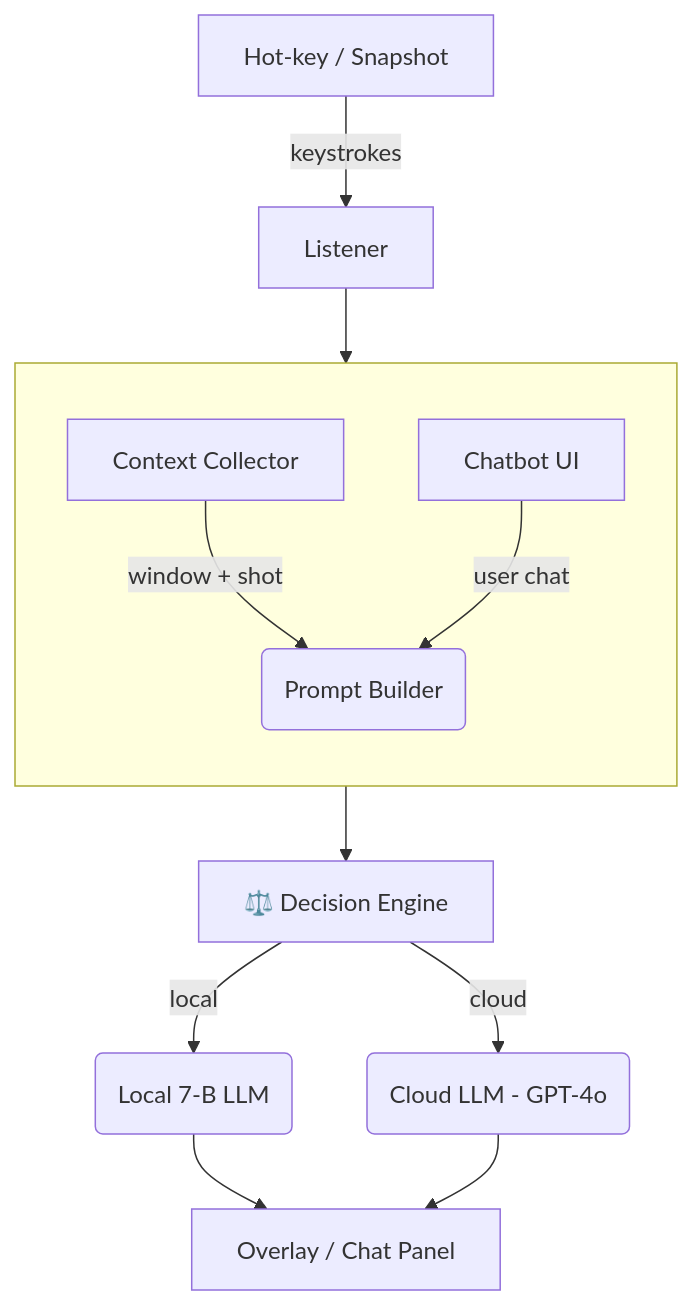
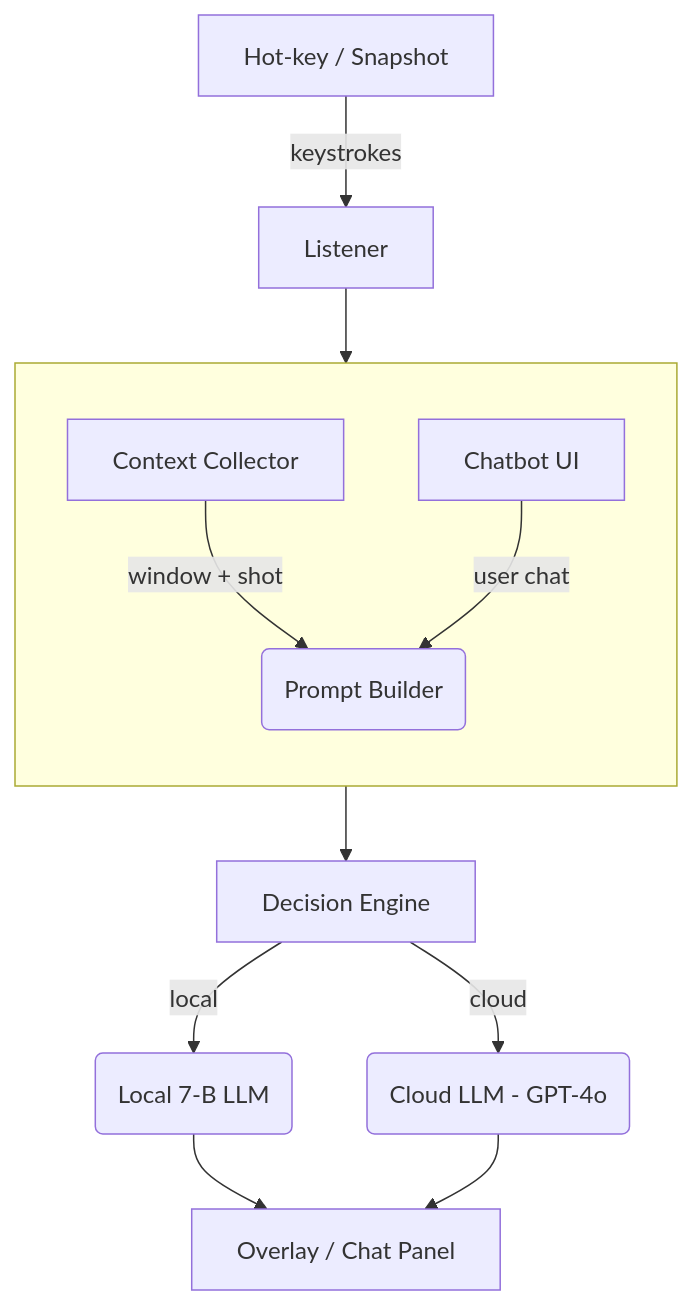
The diagram in README.md (MihneaTs1/casi), drawn with Mermaid before and after one commit.

````diff
--- a/README.md
+++ b/README.md
@@ -7,15 +7,15 @@
 ```mermaid
 flowchart TD
     A[Hot‑key / Snapshot] -->|keystrokes| L[Listener]
     L --> C[Context&nbsp;Collector]
     subgraph Input[ ]
         direction TB
         C -->|window + shot| PB(Prompt&nbsp;Builder)
         ChatInput[Chatbot UI] -->|user chat| PB
     end
-    PB --> DE[⚖️ Decision Engine]
+    PB --> DE[Decision Engine]
     DE -->|local| LL(Local 7‑B LLM)
     DE -->|cloud| CL(Cloud LLM ‑ GPT‑4o)
     LL --> UI[Overlay / Chat Panel]
     CL --> UI
 ```
````
